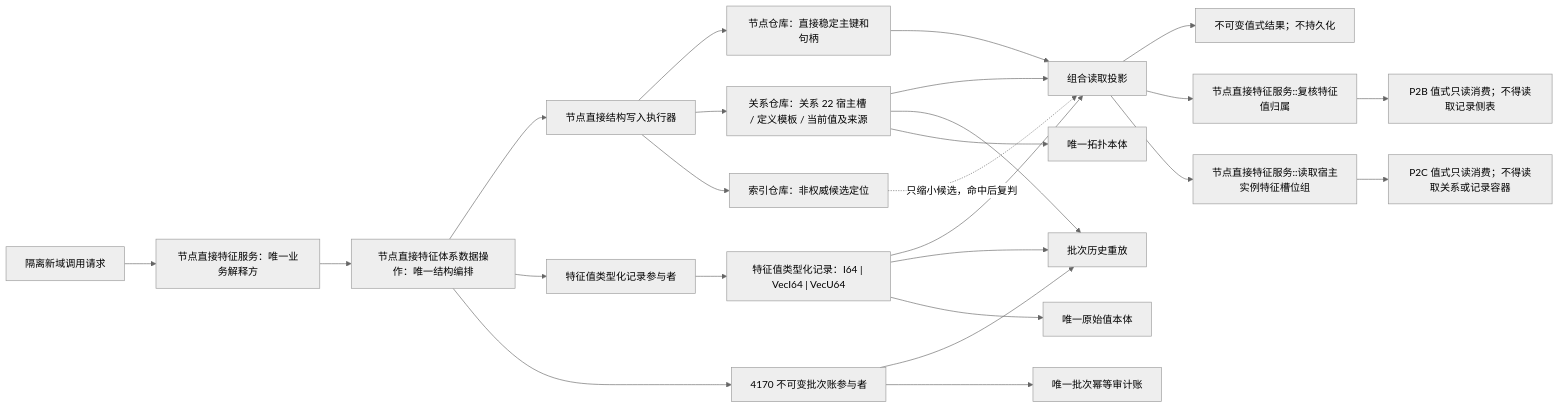
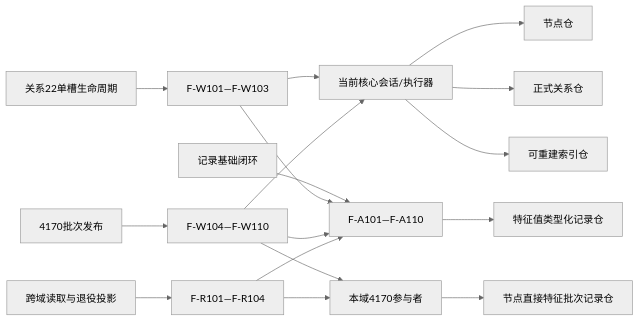
Before and after one commit to chunhaizh-cyber/HY-Ego: the first of 2 diagrams in 规范/详细设计/函数结构知识图谱/20260722_NODE-TYPED-MIGRATION_NT-P2A_函数结构知识图谱.md, drawn with Mermaid (neutral theme). The commit also changed other lines of this file and 235 other files, not shown here.

Commit message:
docs: 收口海中鱼巣现有规范设计与流程图现场

````diff
--- a/规范/详细设计/函数结构知识图谱/20260722_NODE-TYPED-MIGRATION_NT-P2A_函数结构知识图谱.md
+++ b/规范/详细设计/函数结构知识图谱/20260722_NODE-TYPED-MIGRATION_NT-P2A_函数结构知识图谱.md
@@ -59,29 +13,21 @@
 ```mermaid
 flowchart LR
-    CALL["隔离新域调用请求"] --> FEATURE["节点直接特征服务：唯一业务解释方"]
-    FEATURE --> DATA["节点直接特征体系数据操作：唯一结构编排"]
-    DATA --> EXEC["节点直接结构写入执行器"]
-    EXEC --> NODE["节点仓库：直接稳定主键和句柄"]
-    EXEC --> REL["关系仓库：关系 22 宿主槽 / 定义模板 / 当前值及来源"]
-    EXEC --> IDX["索引仓库：非权威候选定位"]
-    DATA --> PART["特征值类型化记录参与者"]
-    PART --> REC["特征值类型化记录：I64 | VecI64 | VecU64"]
-    DATA --> BATCH["4170 不可变批次账参与者"]
+ B1["记录基础闭环"] --> A["F-A101—F-A110"]
+ B2["关系22单槽生命周期"] --> W1["F-W101—F-W103"]
+ B3["4170批次发布"] --> W2["F-W104—F-W110"]
+ B4["跨域读取与退役投影"] --> R["F-R101—F-R104"]
 
-    NODE --> PROJ["组合读取投影"]
-    REL --> PROJ
-    REC --> PROJ
-    IDX -. "只缩小候选，命中后复判" .-> PROJ
-    BATCH --> HIST["批次历史重放"]
-    REL --> HIST
-    REC --> HIST
+ W1 --> CORE["当前核心会话/执行器"]
+ W2 --> CORE
+ W1 --> A
+ W2 --> A
+ W2 --> BP["本域4170参与者"]
+ R --> A
+ R --> BP
 
-    REC --> ONLY1["唯一原始值本体"]
-    REL --> ONLY2["唯一拓扑本体"]
-    BATCH --> ONLY3["唯一批次幂等审计账"]
-    PROJ --> VIEW["不可变值式结果；不持久化"]
-    PROJ --> VERIFY["节点直接特征服务::复核特征值归属"]
-    VERIFY --> P2B["P2B 值式只读消费；不得读取记录侧表"]
-    PROJ --> HOSTREAD["节点直接特征服务::读取宿主实例特征槽位组"]
-    HOSTREAD --> P2C["P2C 值式只读消费；不得读取关系或记录容器"]
+ A --> REC["特征值类型化记录仓"]
+ BP --> BATCH["节点直接特征批次记录仓"]
+ CORE --> NODE["节点仓"]
+ CORE --> REL["正式关系仓"]
+ CORE --> IDX["可重建索引仓"]
 ```
````
